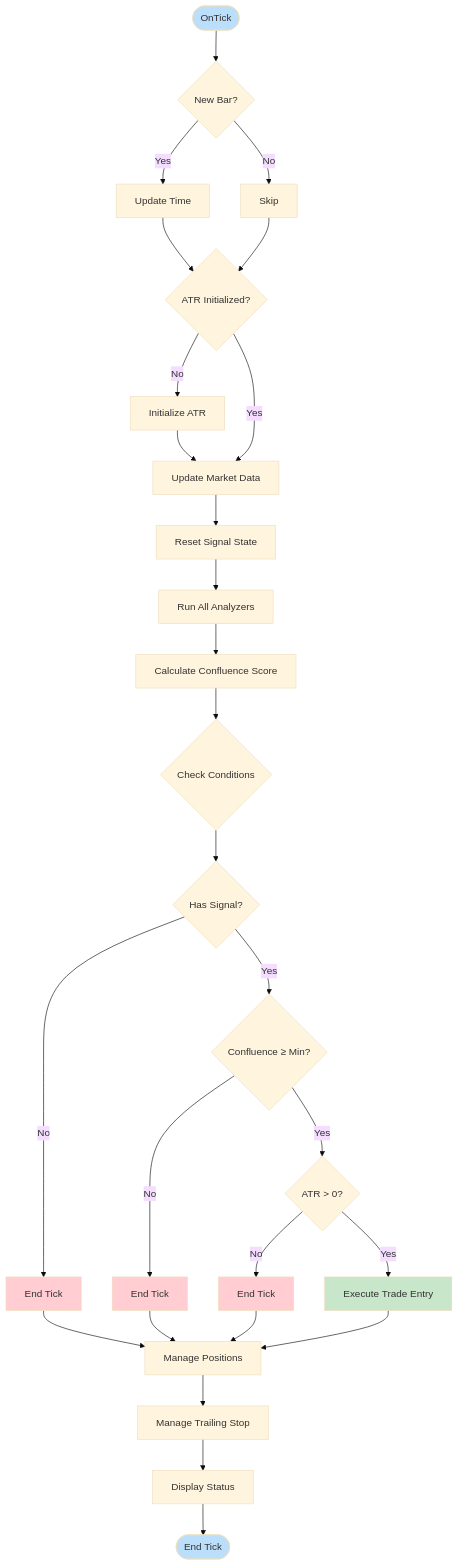
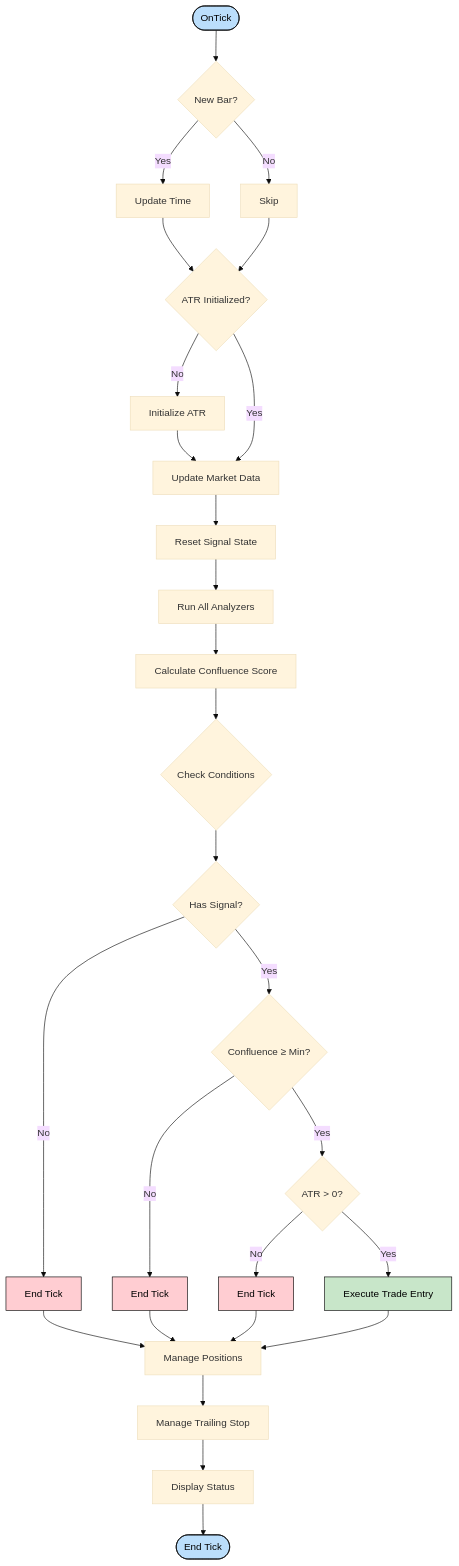
One commit to keyalgos/Project_Chimera changed the seventh of 8 diagrams in README.md. Above: the diagram before and after it, drawn with Mermaid (base theme). The commit also changed other lines of this file, not shown here.

````diff
--- a/README.md
+++ b/README.md
@@ -618,45 +618,45 @@
 ```mermaid
 flowchart TD
     Start([OnTick]) --> NewBar{New Bar?}
     NewBar -->|Yes| Update1[Update Time]
     NewBar -->|No| Skip1[Skip]
     
     Skip1 --> ATR{ATR Initialized?}
     Update1 --> ATR
     
     ATR -->|No| InitATR[Initialize ATR]
     ATR -->|Yes| UpdateData[Update Market Data]
     InitATR --> UpdateData
     
     UpdateData --> Reset[Reset Signal State]
     Reset --> RunAnalyzers[Run All Analyzers]
     
     RunAnalyzers --> Calc[Calculate Confluence Score]
     Calc --> Check{Check Conditions}
     
     Check --> Check1{Has Signal?}
     Check1 -->|No| End1[End Tick]
     Check1 -->|Yes| Check2{Confluence ≥ Min?}
     
     Check2 -->|No| End2[End Tick]
     Check2 -->|Yes| Check3{ATR > 0?}
     
     Check3 -->|No| End3[End Tick]
     Check3 -->|Yes| Execute[Execute Trade Entry]
     
     Execute --> Manage[Manage Positions]
     Manage --> Trail[Manage Trailing Stop]
     Trail --> Display[Display Status]
     Display --> End4([End Tick])
     
     End1 --> Manage
     End2 --> Manage
     End3 --> Manage
     
-    style Start fill:#bbdefb
-    style Execute fill:#c8e6c9
-    style End1 fill:#ffcdd2
-    style End2 fill:#ffcdd2
-    style End3 fill:#ffcdd2
-    style End4 fill:#bbdefb
+    style Start fill:#bbdefb,stroke:#000,color:#000
+    style Execute fill:#c8e6c9,stroke:#000,color:#000
+    style End1 fill:#ffcdd2,stroke:#000,color:#000
+    style End2 fill:#ffcdd2,stroke:#000,color:#000
+    style End3 fill:#ffcdd2,stroke:#000,color:#000
+    style End4 fill:#bbdefb,stroke:#000,color:#000
 ```
````
